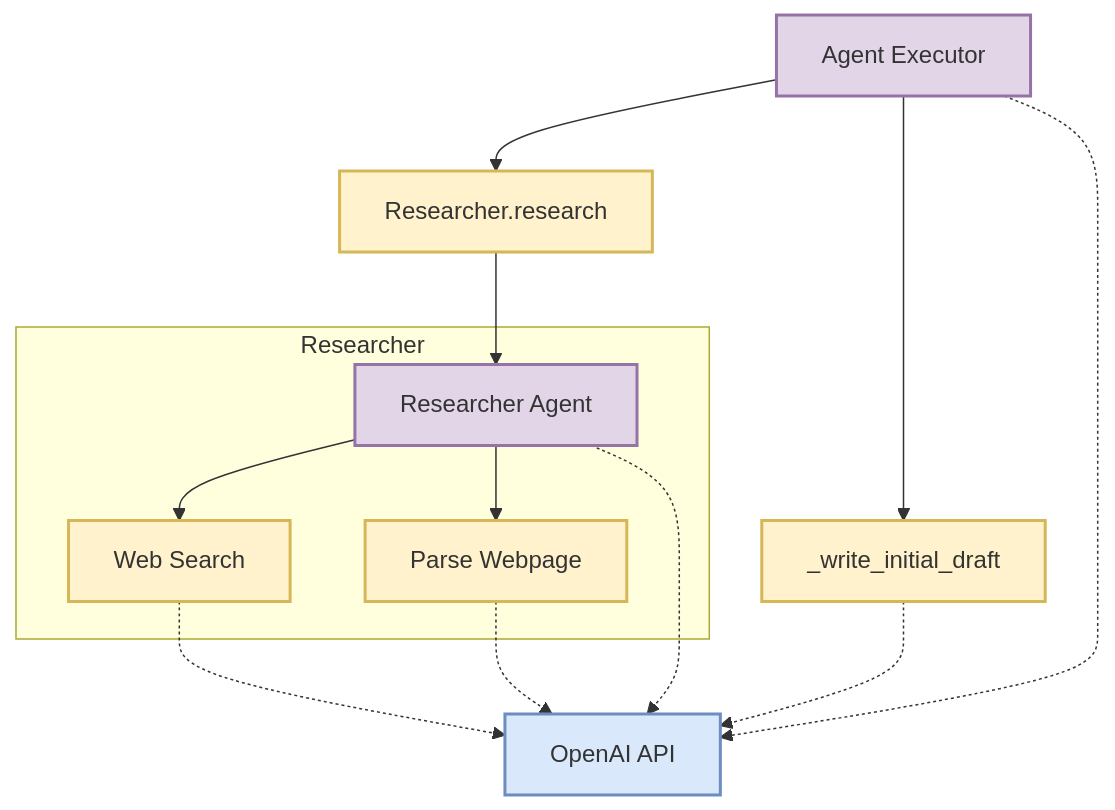
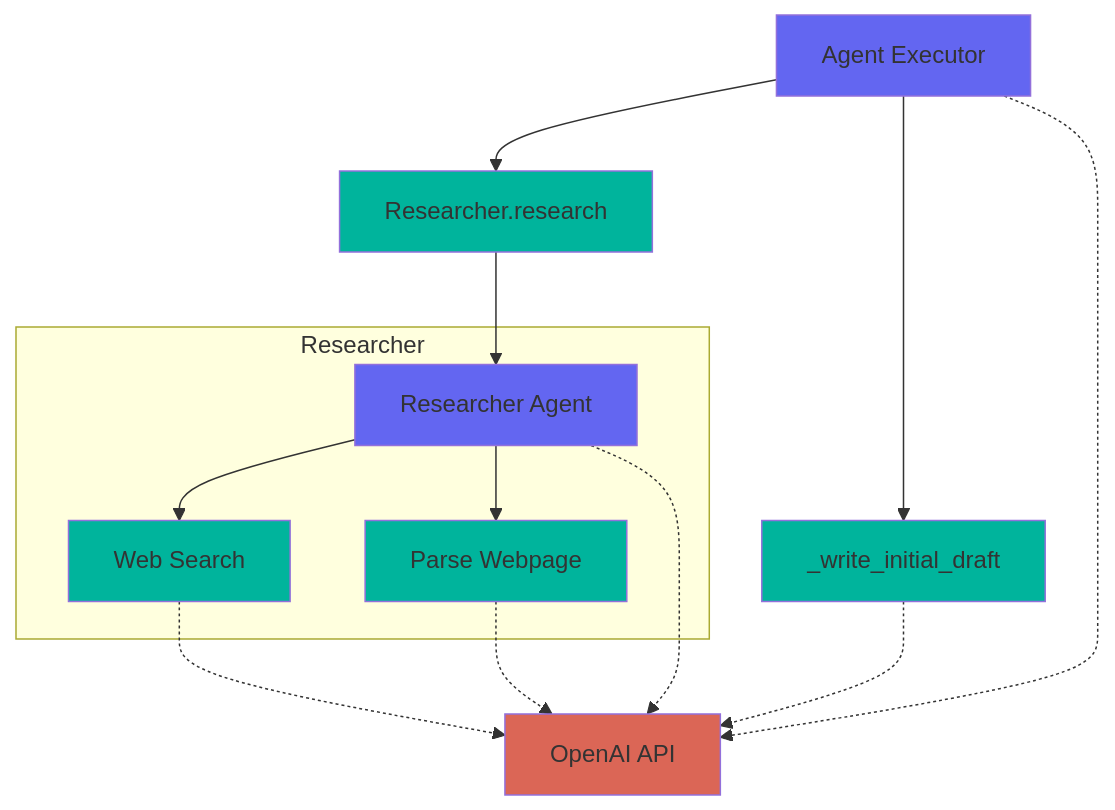
Before and after one commit to Mirascope/website: the diagram in content/docs/mirascope/guides/agents/blog-writing-agent.mdx, drawn with Mermaid. The commit also changed 4 other files, not shown here.

Commit message:
feat: css based mermaid styling

````diff
--- a/content/docs/mirascope/guides/agents/blog-writing-agent.mdx
+++ b/content/docs/mirascope/guides/agents/blog-writing-agent.mdx
@@ -28,33 +28,38 @@
 ```mermaid
 flowchart TD
+    %% Define nodes with descriptive IDs
     AE[Agent Executor]
     R[Researcher.research]
     WID[_write_initial_draft]
     OAPI[OpenAI API]
     
     subgraph Researcher
         RA[Researcher Agent]
         WS[Web Search]
         PW[Parse Webpage]
     end
     
+    %% Define connections
     AE --> R
     AE --> WID
     R --> RA
     RA --> WS
     RA --> PW
     
+    %% Define dashed connections
     WS -.-> OAPI
     PW -.-> OAPI
     RA -.-> OAPI
     WID -.-> OAPI
     AE -.-> OAPI
 
-    classDef agent fill:#e1d5e7,stroke:#9673a6,stroke-width:2px;
-    classDef tool fill:#fff2cc,stroke:#d6b656,stroke-width:2px;
-    classDef api fill:#dae8fc,stroke:#6c8ebf,stroke-width:2px;
+    %% Define empty classes (styling will be applied via CSS)
+    classDef primary fill:#6366f1
+    classDef secondary fill:#00b49c
+    classDef tertiary fill:#db6656
     
-    class AE,RA agent;
-    class R,WID,WS,PW tool;
-    class OAPI api;
+    %% Assign classes to nodes
+    class AE,RA primary
+    class R,WID,WS,PW secondary
+    class OAPI tertiary
 ```
````
